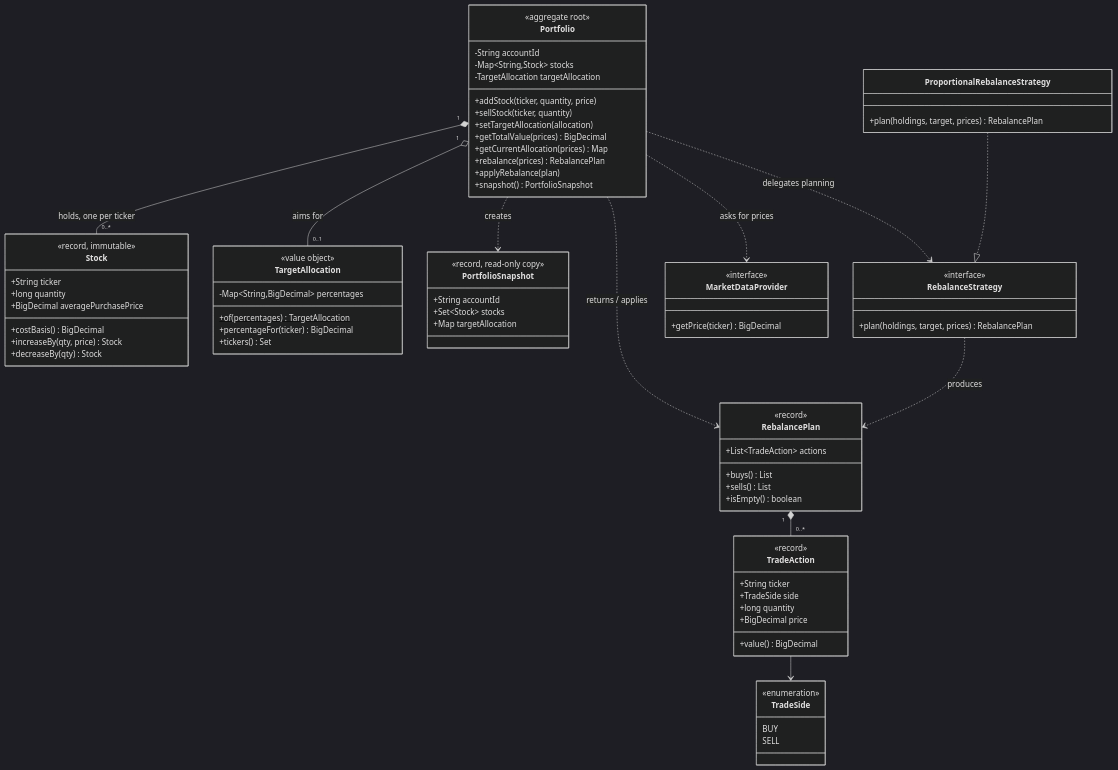
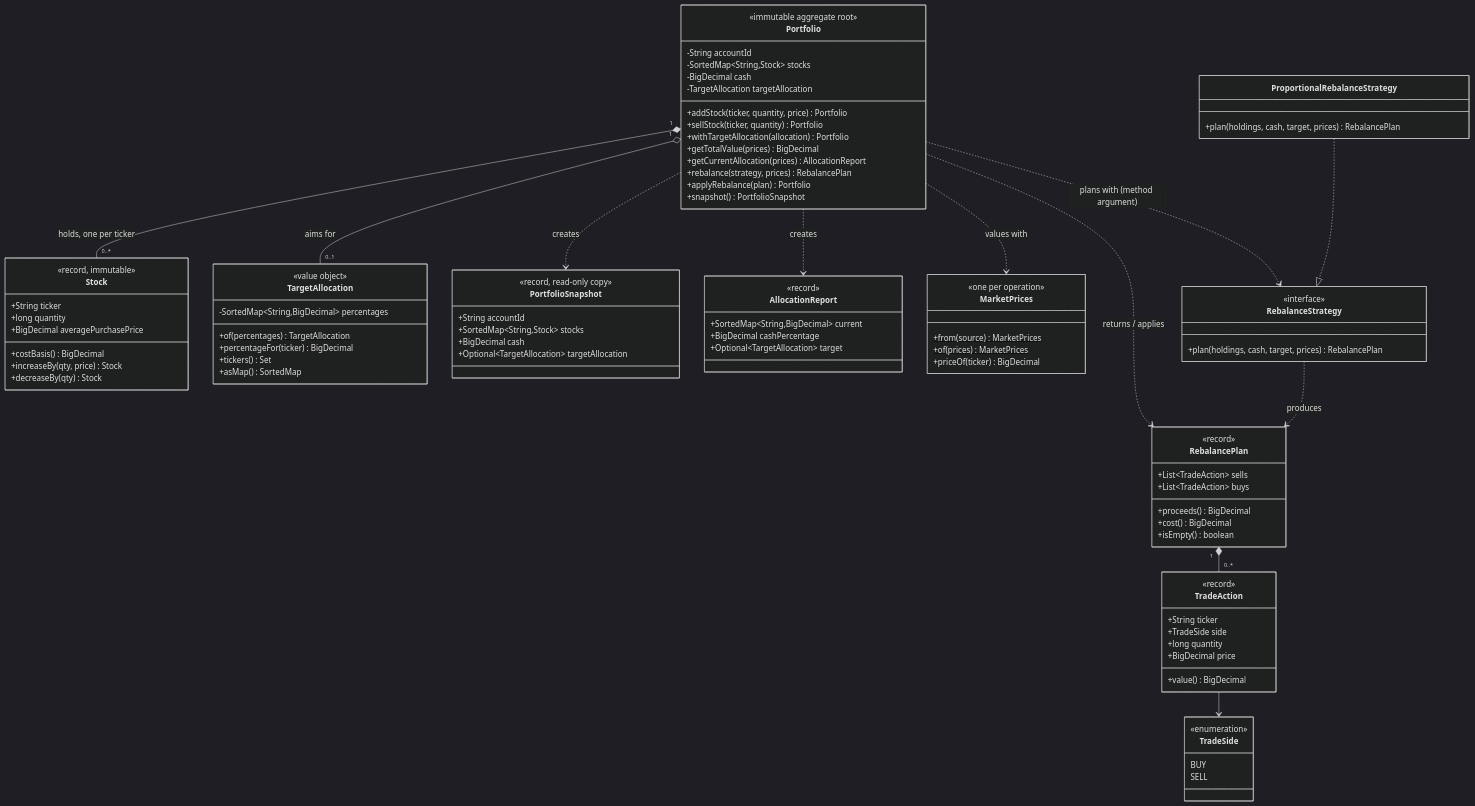
One commit to carlos-vegamu/PortfolioManagement changed the second of 5 diagrams in docs/ARCHITECTURE.md. Above: the diagram before and after it, drawn with Mermaid (dark theme). The commit also changed other lines of this file and 33 other files, not shown here.

```diff
--- a/docs/ARCHITECTURE.md
+++ b/docs/ARCHITECTURE.md
@@ -91,17 +95,18 @@
     direction TB
 
     class Portfolio {
-        <<aggregate root>>
+        <<immutable aggregate root>>
         -String accountId
-        -Map~String,Stock~ stocks
+        -SortedMap~String,Stock~ stocks
+        -BigDecimal cash
         -TargetAllocation targetAllocation
-        +addStock(ticker, quantity, price)
-        +sellStock(ticker, quantity)
-        +setTargetAllocation(allocation)
+        +addStock(ticker, quantity, price) Portfolio
+        +sellStock(ticker, quantity) Portfolio
+        +withTargetAllocation(allocation) Portfolio
         +getTotalValue(prices) BigDecimal
-        +getCurrentAllocation(prices) Map
-        +rebalance(prices) RebalancePlan
-        +applyRebalance(plan)
+        +getCurrentAllocation(prices) AllocationReport
+        +rebalance(strategy, prices) RebalancePlan
+        +applyRebalance(plan) Portfolio
         +snapshot() PortfolioSnapshot
     }
 
@@ -117,17 +122,19 @@
 
     class TargetAllocation {
         <<value object>>
-        -Map~String,BigDecimal~ percentages
+        -SortedMap~String,BigDecimal~ percentages
         +of(percentages)$ TargetAllocation
         +percentageFor(ticker) BigDecimal
         +tickers() Set
+        +asMap() SortedMap
     }
 
     class RebalancePlan {
         <<record>>
-        +List~TradeAction~ actions
-        +buys() List
-        +sells() List
+        +List~TradeAction~ sells
+        +List~TradeAction~ buys
+        +proceeds() BigDecimal
+        +cost() BigDecimal
         +isEmpty() boolean
     }
 
@@ -149,29 +156,40 @@
     class PortfolioSnapshot {
         <<record, read-only copy>>
         +String accountId
-        +Set~Stock~ stocks
-        +Map targetAllocation
+        +SortedMap~String,Stock~ stocks
+        +BigDecimal cash
+        +Optional~TargetAllocation~ targetAllocation
+    }
+
+    class AllocationReport {
+        <<record>>
+        +SortedMap~String,BigDecimal~ current
+        +BigDecimal cashPercentage
+        +Optional~TargetAllocation~ target
+    }
+
+    class MarketPrices {
+        <<one per operation>>
+        +from(source)$ MarketPrices
+        +of(prices)$ MarketPrices
+        +priceOf(ticker) BigDecimal
     }
 
     class RebalanceStrategy {
         <<interface>>
-        +plan(holdings, target, prices) RebalancePlan
-    }
-
-    class MarketDataProvider {
-        <<interface>>
-        +getPrice(ticker) BigDecimal
+        +plan(holdings, cash, target, prices) RebalancePlan
     }
 
     class ProportionalRebalanceStrategy {
-        +plan(holdings, target, prices) RebalancePlan
+        +plan(holdings, cash, target, prices) RebalancePlan
     }
 
     Portfolio "1" *-- "0..*" Stock : holds, one per ticker
     Portfolio "1" o-- "0..1" TargetAllocation : aims for
-    Portfolio ..> RebalanceStrategy : delegates planning
-    Portfolio ..> MarketDataProvider : asks for prices
+    Portfolio ..> RebalanceStrategy : plans with (method argument)
+    Portfolio ..> MarketPrices : values with
     Portfolio ..> PortfolioSnapshot : creates
+    Portfolio ..> AllocationReport : creates
     Portfolio ..> RebalancePlan : returns / applies
     RebalancePlan "1" *-- "0..*" TradeAction
     TradeAction --> TradeSide
```
